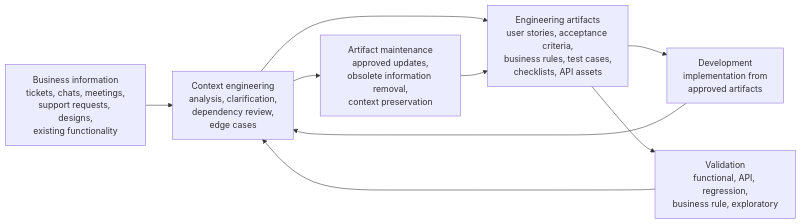
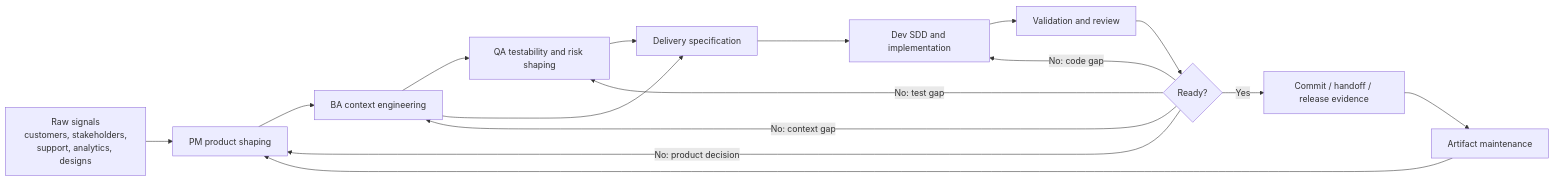
The first of 3 diagrams in guides/workflow.md (mikegorelikoff/ai-sdlc-harness), drawn with Mermaid before and after one commit. The commit also changed other lines of this file and 137 other files, not shown here.

````diff
--- a/guides/workflow.md
+++ b/guides/workflow.md
@@ -89,11 +50,18 @@
 ```mermaid
 flowchart LR
-    A["Business information<br/>tickets, chats, meetings,<br/>support requests, designs,<br/>existing functionality"] --> B["Context engineering<br/>analysis, clarification,<br/>dependency review,<br/>edge cases"]
-    B --> C["Engineering artifacts<br/>user stories, acceptance criteria,<br/>business rules, test cases,<br/>checklists, API assets"]
-    C --> D["Development<br/>implementation from<br/>approved artifacts"]
-    C --> E["Validation<br/>functional, API, regression,<br/>business rule, exploratory"]
-    D --> B
-    E --> B
-    B --> F["Artifact maintenance<br/>approved updates,<br/>obsolete information removal,<br/>context preservation"]
-    F --> C
+    A["Raw signals<br/>customers, stakeholders,<br/>support, analytics, designs"] --> B["PM product shaping"]
+    B --> C["BA context engineering"]
+    C --> D["QA testability and risk shaping"]
+    C --> E["Delivery specification"]
+    D --> E
+    E --> F["Dev SDD and implementation"]
+    F --> G["Validation and review"]
+    G --> H{"Ready?"}
+    H -->|"No: context gap"| C
+    H -->|"No: product decision"| B
+    H -->|"No: test gap"| D
+    H -->|"No: code gap"| F
+    H -->|"Yes"| I["Commit / handoff / release evidence"]
+    I --> J["Artifact maintenance"]
+    J --> B
 ```
````
